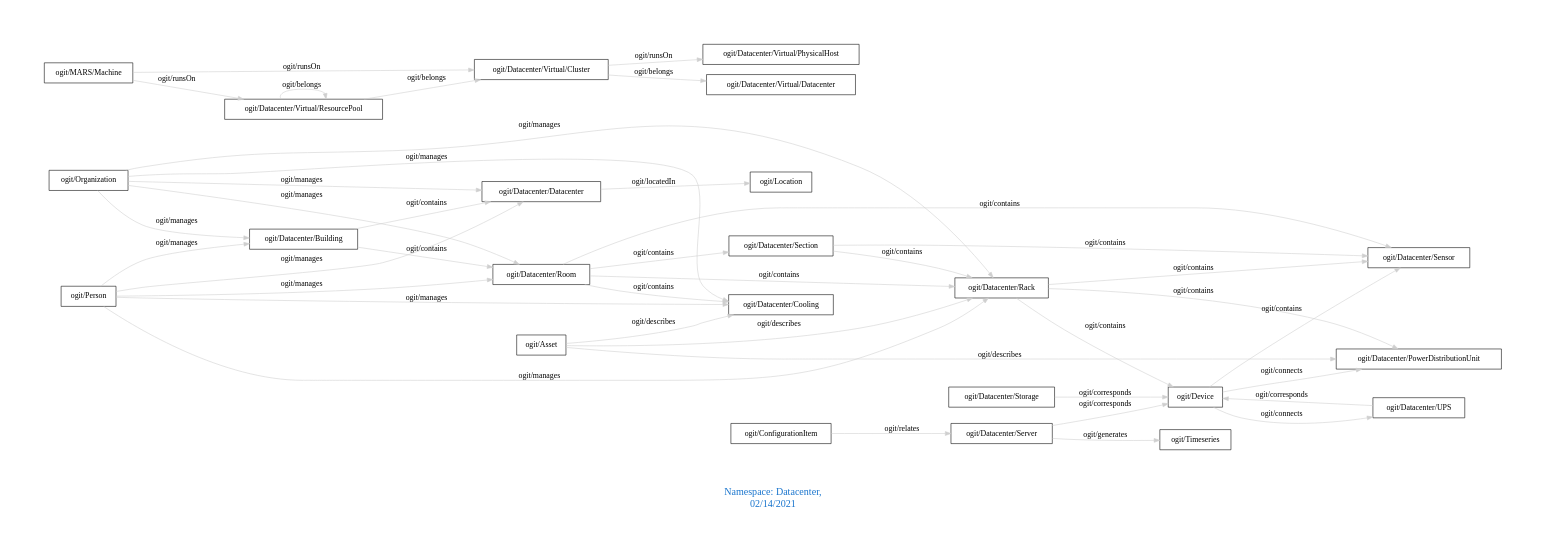
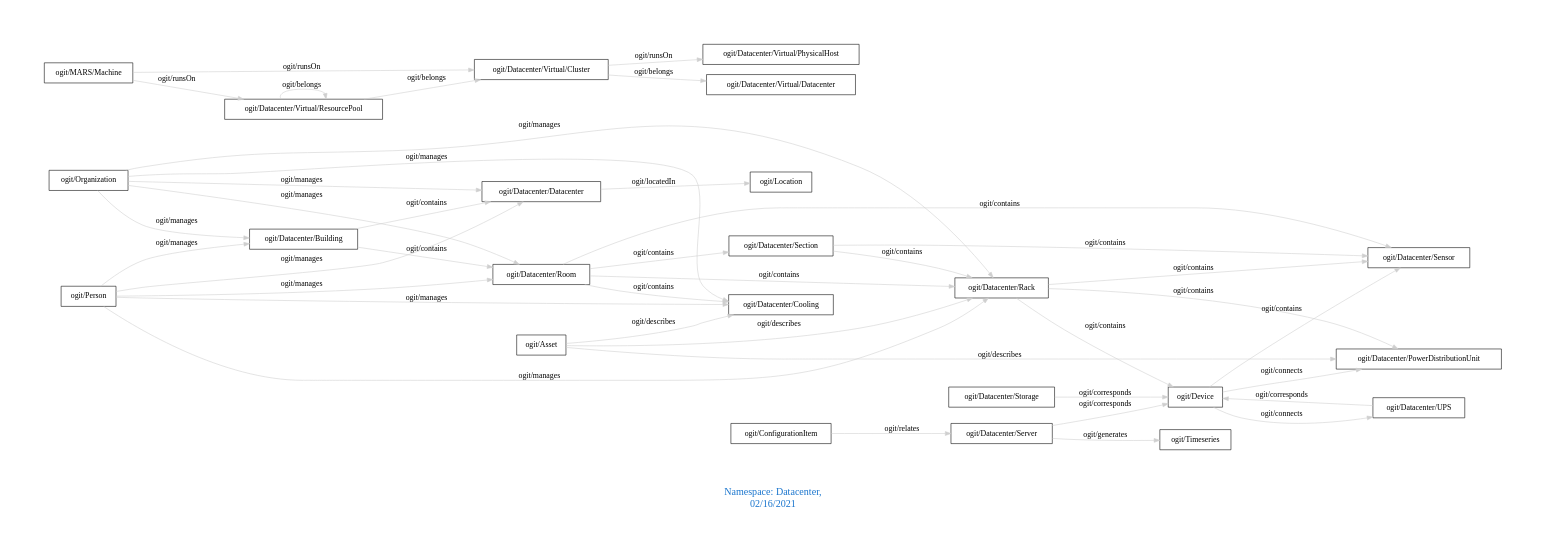
The diagram in downloads/Datacenter.dot (arago/OGIT), drawn with Graphviz before and after one commit. The commit also changed 1855 other files, not shown here.

```diff
--- a/downloads/Datacenter.dot
+++ b/downloads/Datacenter.dot
@@ -1,47 +1,47 @@
 digraph OGIT_ontology {
  graph [ rankdir= LR,pad=1 
 fontsize = 18,
-fontcolor= dodgerblue3,label = "\n\n\nNamespace: Datacenter, \n 02/14/2021"];
+fontcolor= dodgerblue3,label = "\n\n\nNamespace: Datacenter, \n 02/16/2021"];
 node[shape=polygon];
 edge [  color="gray81"];
 
    "ogit/Datacenter/Building" -> "ogit/Datacenter/Datacenter" [label="   ogit/contains    "];
    "ogit/Datacenter/Building" -> "ogit/Datacenter/Room" [label="   ogit/contains    "];
    "ogit/Datacenter/Rack" -> "ogit/Datacenter/Sensor" [label="   ogit/contains    "];
    "ogit/Datacenter/Rack" -> "ogit/Datacenter/PowerDistributionUnit" [label="   ogit/contains    "];
    "ogit/Datacenter/Rack" -> "ogit/Device" [label="   ogit/contains    "];
    "ogit/Datacenter/Room" -> "ogit/Datacenter/Rack" [label="   ogit/contains    "];
    "ogit/Datacenter/Room" -> "ogit/Datacenter/Cooling" [label="   ogit/contains    "];
    "ogit/Datacenter/Room" -> "ogit/Datacenter/Sensor" [label="   ogit/contains    "];
    "ogit/Datacenter/Room" -> "ogit/Datacenter/Section" [label="   ogit/contains    "];
    "ogit/Datacenter/Section" -> "ogit/Datacenter/Sensor" [label="   ogit/contains    "];
    "ogit/Datacenter/Section" -> "ogit/Datacenter/Rack" [label="   ogit/contains    "];
    "ogit/Device" -> "ogit/Datacenter/Sensor" [label="   ogit/contains    "];
    "ogit/Organization" -> "ogit/Datacenter/Room" [label="   ogit/manages    "];
    "ogit/Organization" -> "ogit/Datacenter/Rack" [label="   ogit/manages    "];
    "ogit/Organization" -> "ogit/Datacenter/Datacenter" [label="   ogit/manages    "];
    "ogit/Organization" -> "ogit/Datacenter/Cooling" [label="   ogit/manages    "];
    "ogit/Organization" -> "ogit/Datacenter/Building" [label="   ogit/manages    "];
    "ogit/Person" -> "ogit/Datacenter/Room" [label="   ogit/manages    "];
    "ogit/Person" -> "ogit/Datacenter/Rack" [label="   ogit/manages    "];
    "ogit/Person" -> "ogit/Datacenter/Datacenter" [label="   ogit/manages    "];
    "ogit/Person" -> "ogit/Datacenter/Cooling" [label="   ogit/manages    "];
    "ogit/Person" -> "ogit/Datacenter/Building" [label="   ogit/manages    "];
    "ogit/Datacenter/Virtual/Cluster" -> "ogit/Datacenter/Virtual/PhysicalHost" [label="   ogit/runsOn    "];
    "ogit/MARS/Machine" -> "ogit/Datacenter/Virtual/Cluster" [label="   ogit/runsOn    "];
    "ogit/MARS/Machine" -> "ogit/Datacenter/Virtual/ResourcePool" [label="   ogit/runsOn    "];
    "ogit/Datacenter/Server" -> "ogit/Timeseries" [label="   ogit/generates    "];
    "ogit/Asset" -> "ogit/Datacenter/Rack" [label="   ogit/describes    "];
    "ogit/Asset" -> "ogit/Datacenter/PowerDistributionUnit" [label="   ogit/describes    "];
    "ogit/Asset" -> "ogit/Datacenter/Cooling" [label="   ogit/describes    "];
    "ogit/Device" -> "ogit/Datacenter/PowerDistributionUnit" [label="   ogit/connects    "];
    "ogit/Device" -> "ogit/Datacenter/UPS" [label="   ogit/connects    "];
    "ogit/Datacenter/Datacenter" -> "ogit/Location" [label="   ogit/locatedIn    "];
    "ogit/Datacenter/Server" -> "ogit/Device" [label="   ogit/corresponds    "];
    "ogit/Datacenter/Storage" -> "ogit/Device" [label="   ogit/corresponds    "];
    "ogit/Datacenter/UPS" -> "ogit/Device" [label="   ogit/corresponds    "];
    "ogit/Datacenter/Virtual/Cluster" -> "ogit/Datacenter/Virtual/Datacenter" [label="   ogit/belongs    "];
    "ogit/Datacenter/Virtual/ResourcePool" -> "ogit/Datacenter/Virtual/Cluster" [label="   ogit/belongs    "];
    "ogit/ConfigurationItem" -> "ogit/Datacenter/Server" [label="   ogit/relates    "];
    "ogit/Datacenter/Virtual/ResourcePool" -> "ogit/Datacenter/Virtual/ResourcePool" [label="   ogit/belongs    "];
 }
```
